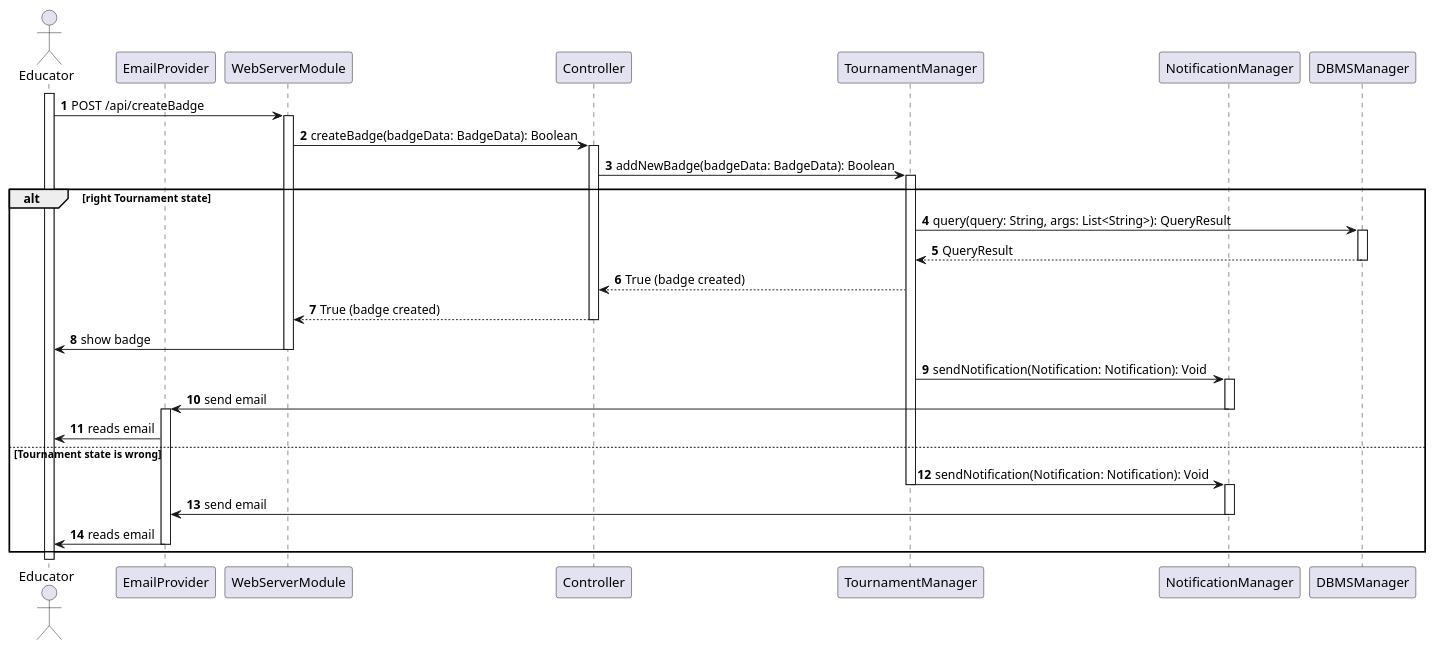
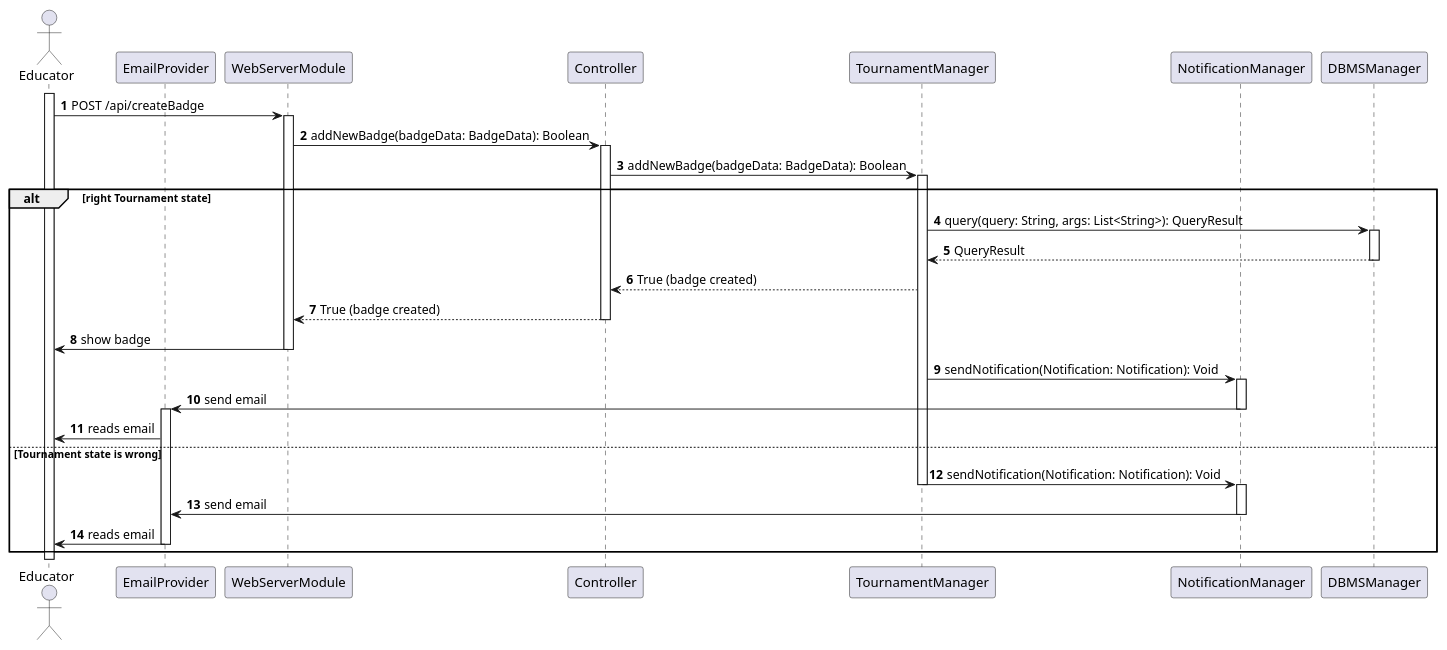
Before and after one commit to Angelo7672/SE2_Requirement-and-Design-Document: the diagram in _DD/Images/sequenceDiagrams/createABadge.wsd, drawn with PlantUML. The commit also changed 7 other files, not shown here.

Commit message:
(dd) More Sequence Diagram Tweaks

```diff
--- a/_DD/Images/sequenceDiagrams/createABadge.wsd
+++ b/_DD/Images/sequenceDiagrams/createABadge.wsd
@@ -1,45 +1,45 @@
 @startuml
 
 autonumber
 actor Educator as U
 participant EmailProvider as EP
 participant WebServerModule as WS
 participant Controller as C
 participant TournamentManager as BM
 participant NotificationManager as NM
 participant DBMSManager as DB
 
 activate U
 U->WS: POST /api/createBadge
 activate WS
-WS->C: createBadge(badgeData: BadgeData): Boolean
+WS->C: addNewBadge(badgeData: BadgeData): Boolean
 activate C
 C->BM: addNewBadge(badgeData: BadgeData): Boolean
 activate BM
 alt right Tournament state
 BM -> DB: query(query: String, args: List<String>): QueryResult
 activate DB
 DB-->BM: QueryResult
 deactivate DB
 BM-->C: True (badge created)
 C-->WS: True (badge created)
 deactivate C
 WS -> U: show badge
 deactivate WS
 BM->NM: sendNotification(Notification: Notification): Void
 activate NM
 NM->EP:send email
 deactivate NM
 activate EP
 EP->U: reads email
 else Tournament state is wrong
     BM -> NM: sendNotification(Notification: Notification): Void
     deactivate BM
     activate NM
     NM -> EP: send email
     deactivate NM
     EP -> U: reads email
     deactivate EP
 end
 
 @enduml
```
